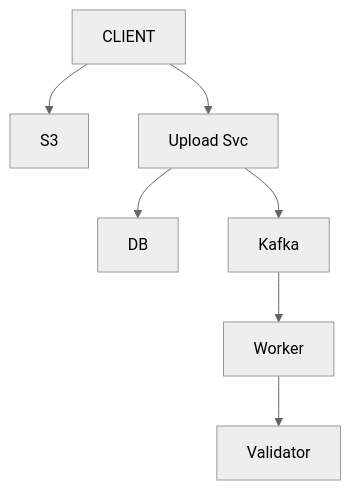
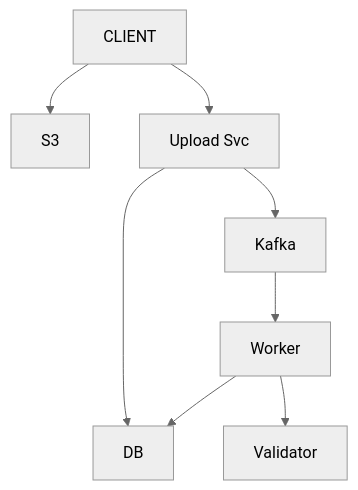
Before and after one commit to ArpanMaheshwari144/Prep: the third of 8 diagrams in 04_HLD/SYSTEM_DESIGNS/07_file_upload_validate_system/07_file_upload_INTERVIEW.md, drawn with Mermaid (neutral theme). The commit also changed other lines of this file and 12 other files, not shown here.

````diff
--- a/04_HLD/SYSTEM_DESIGNS/07_file_upload_validate_system/07_file_upload_INTERVIEW.md
+++ b/04_HLD/SYSTEM_DESIGNS/07_file_upload_validate_system/07_file_upload_INTERVIEW.md
@@ -125,16 +126,17 @@
 ```mermaid
 flowchart TD
     n_CLIENT["CLIENT"]
     n_S3["S3"]
     n_Upload_Svc["Upload Svc"]
     n_DB["DB"]
     n_Kafka["Kafka"]
     n_Worker["Worker"]
     n_Validator["Validator"]
     n_CLIENT --> n_S3
     n_CLIENT --> n_Upload_Svc
     n_Upload_Svc --> n_DB
     n_Upload_Svc --> n_Kafka
     n_Kafka --> n_Worker
     n_Worker --> n_Validator
+    n_Worker --> n_DB
 ```
````
